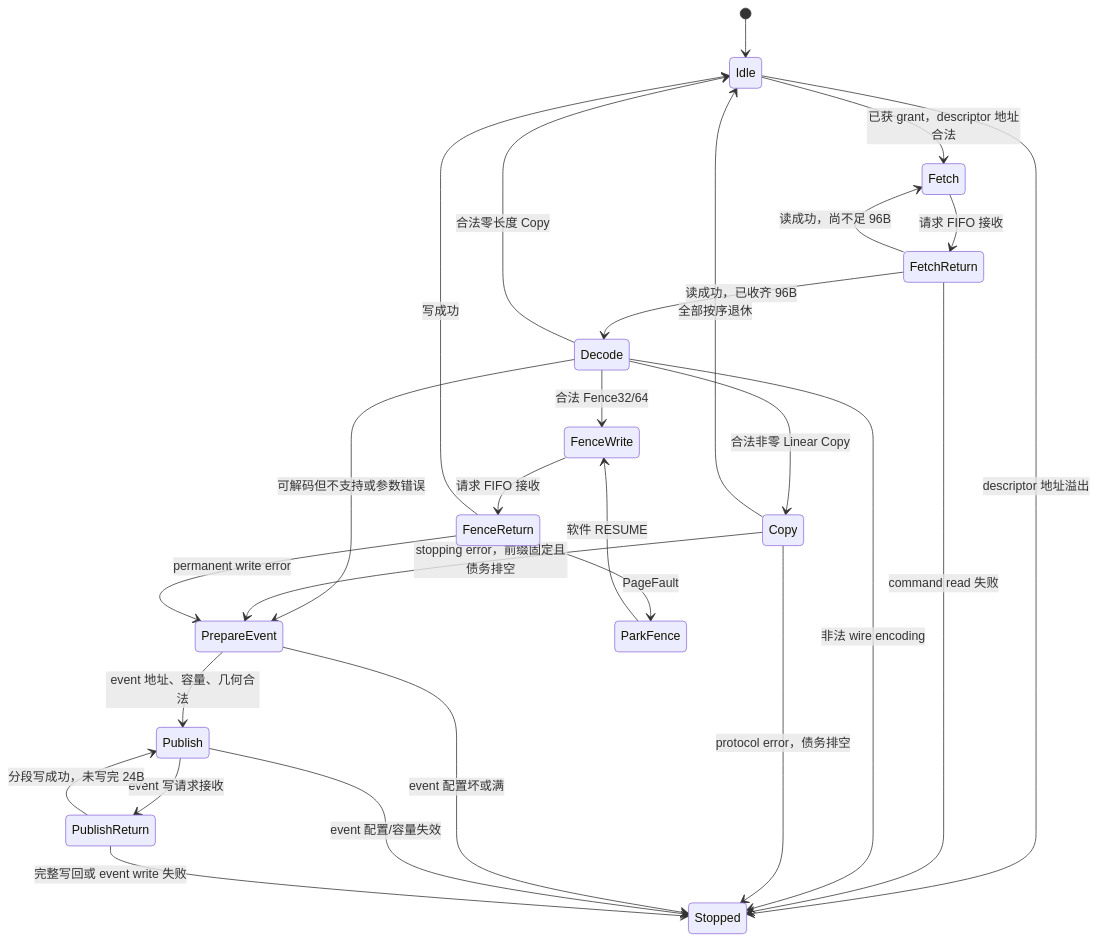
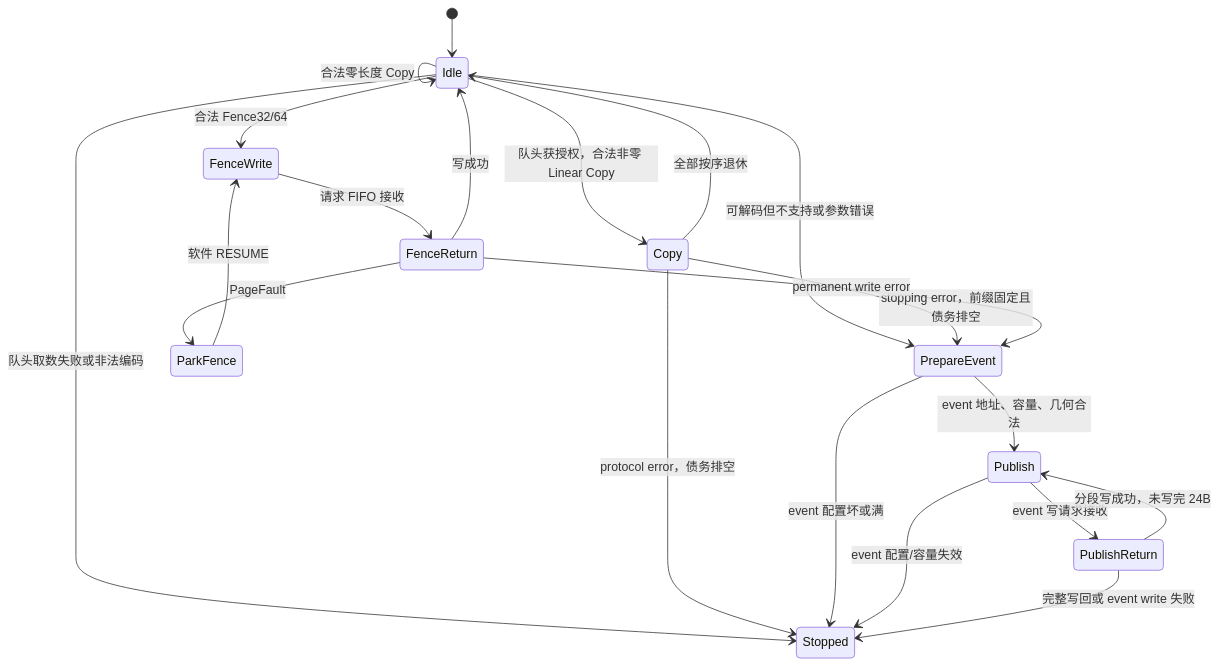
The third of 8 diagrams in docs/rtl/microarchitecture.md (shady831213/pdma), drawn with Mermaid before and after one commit. The commit also changed other lines of this file and 58 other files, not shown here.

````diff
--- a/docs/rtl/microarchitecture.md
+++ b/docs/rtl/microarchitecture.md
@@ -263,29 +266,23 @@
 ```mermaid
 stateDiagram-v2
     [*] --> Idle
-    Idle --> Fetch: 已获 grant，descriptor 地址合法
-    Idle --> Stopped: descriptor 地址溢出
-    Fetch --> FetchReturn: 请求 FIFO 接收
-    FetchReturn --> Fetch: 读成功，尚不足 96B
-    FetchReturn --> Decode: 读成功，已收齐 96B
-    FetchReturn --> Stopped: command read 失败
-    Decode --> Copy: 合法非零 Linear Copy
-    Decode --> FenceWrite: 合法 Fence32/64
-    Decode --> Idle: 合法零长度 Copy
-    Decode --> PrepareEvent: 可解码但不支持或参数错误
-    Decode --> Stopped: 非法 wire encoding
+    Idle --> Copy: 队头获授权，合法非零 Linear Copy
+    Idle --> FenceWrite: 合法 Fence32/64
+    Idle --> Idle: 合法零长度 Copy
+    Idle --> PrepareEvent: 可解码但不支持或参数错误
+    Idle --> Stopped: 队头取数失败或非法编码
     Copy --> Idle: 全部按序退休
     Copy --> PrepareEvent: stopping error，前缀固定且债务排空
     Copy --> Stopped: protocol error，债务排空
     FenceWrite --> FenceReturn: 请求 FIFO 接收
     FenceReturn --> Idle: 写成功
     FenceReturn --> ParkFence: PageFault
     ParkFence --> FenceWrite: 软件 RESUME
     FenceReturn --> PrepareEvent: permanent write error
     PrepareEvent --> Publish: event 地址、容量、几何合法
     PrepareEvent --> Stopped: event 配置坏或满
     Publish --> PublishReturn: event 写请求接收
     Publish --> Stopped: event 配置/容量失效
     PublishReturn --> Publish: 分段写成功，未写完 24B
     PublishReturn --> Stopped: 完整写回或 event write 失败
 ```
````
